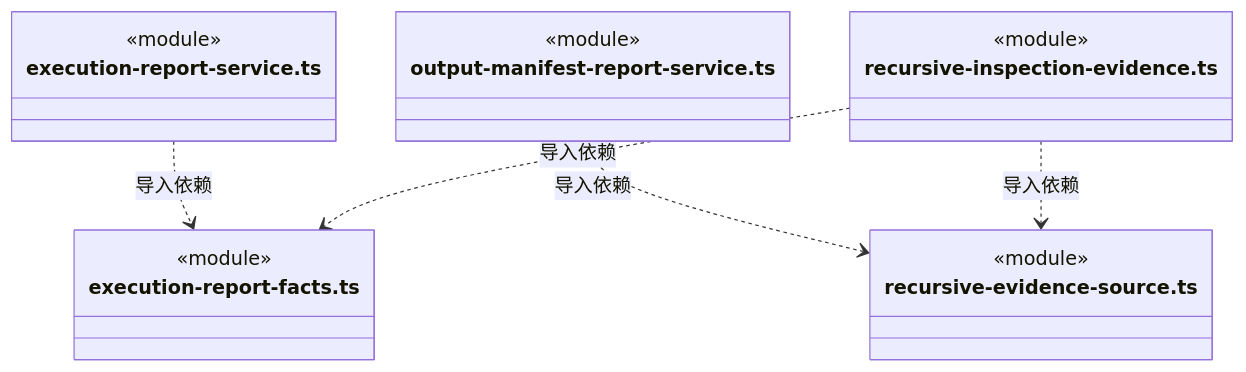
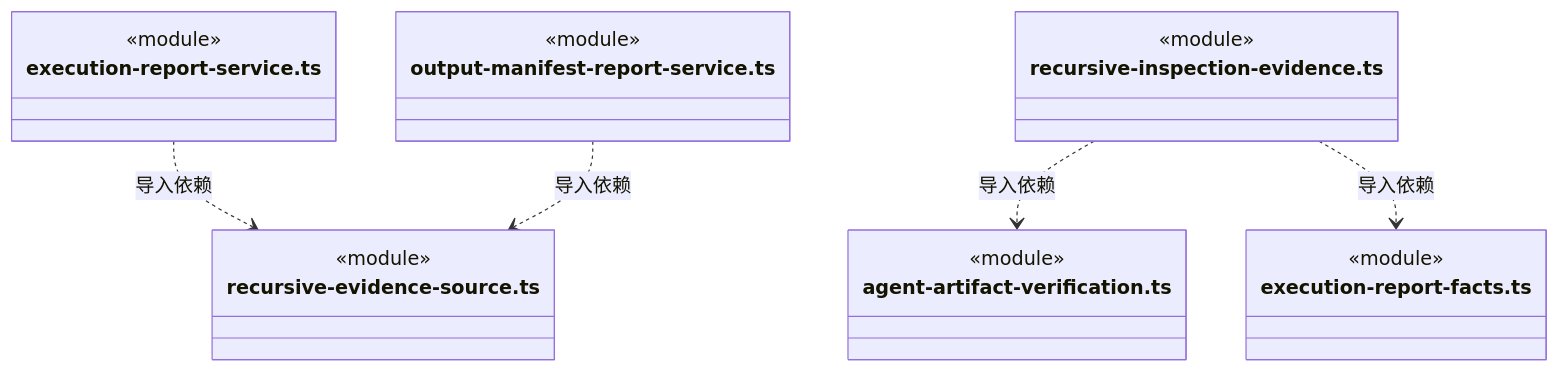
One commit to nan023062/cbim changed diagram 22 of 23 in src/logic/evidence/runtime/ARCHITECTURE.md. Above: the diagram before and after it, drawn with Mermaid. The commit also changed other lines of this file and 112 other files, not shown here.

Commit message:
docs: align source architecture with current declarations and contracts

````diff
--- a/src/logic/evidence/runtime/ARCHITECTURE.md
+++ b/src/logic/evidence/runtime/ARCHITECTURE.md
@@ -557,22 +552,25 @@
 ```mermaid
 classDiagram
 class N_src_logic_evidence_runtime_execution_report_service_ts["execution-report-service.ts"] {
   <<module>>
 }
-class N_src_logic_evidence_runtime_execution_report_facts_ts["execution-report-facts.ts"] {
+class N_src_logic_evidence_runtime_recursive_evidence_source_ts["recursive-evidence-source.ts"] {
   <<module>>
 }
 class N_src_logic_evidence_runtime_output_manifest_report_service_ts["output-manifest-report-service.ts"] {
   <<module>>
 }
-class N_src_logic_evidence_runtime_recursive_evidence_source_ts["recursive-evidence-source.ts"] {
-  <<module>>
-}
 class N_src_logic_evidence_runtime_recursive_inspection_evidence_ts["recursive-inspection-evidence.ts"] {
   <<module>>
 }
-N_src_logic_evidence_runtime_execution_report_service_ts ..> N_src_logic_evidence_runtime_execution_report_facts_ts : 导入依赖
+class N_src_logic_evidence_runtime_agent_artifact_verification_ts["agent-artifact-verification.ts"] {
+  <<module>>
+}
+class N_src_logic_evidence_runtime_execution_report_facts_ts["execution-report-facts.ts"] {
+  <<module>>
+}
+N_src_logic_evidence_runtime_execution_report_service_ts ..> N_src_logic_evidence_runtime_recursive_evidence_source_ts : 导入依赖
 N_src_logic_evidence_runtime_output_manifest_report_service_ts ..> N_src_logic_evidence_runtime_recursive_evidence_source_ts : 导入依赖
-N_src_logic_evidence_runtime_recursive_inspection_evidence_ts ..> N_src_logic_evidence_runtime_recursive_evidence_source_ts : 导入依赖
+N_src_logic_evidence_runtime_recursive_inspection_evidence_ts ..> N_src_logic_evidence_runtime_agent_artifact_verification_ts : 导入依赖
 N_src_logic_evidence_runtime_recursive_inspection_evidence_ts ..> N_src_logic_evidence_runtime_execution_report_facts_ts : 导入依赖
 ```
````
